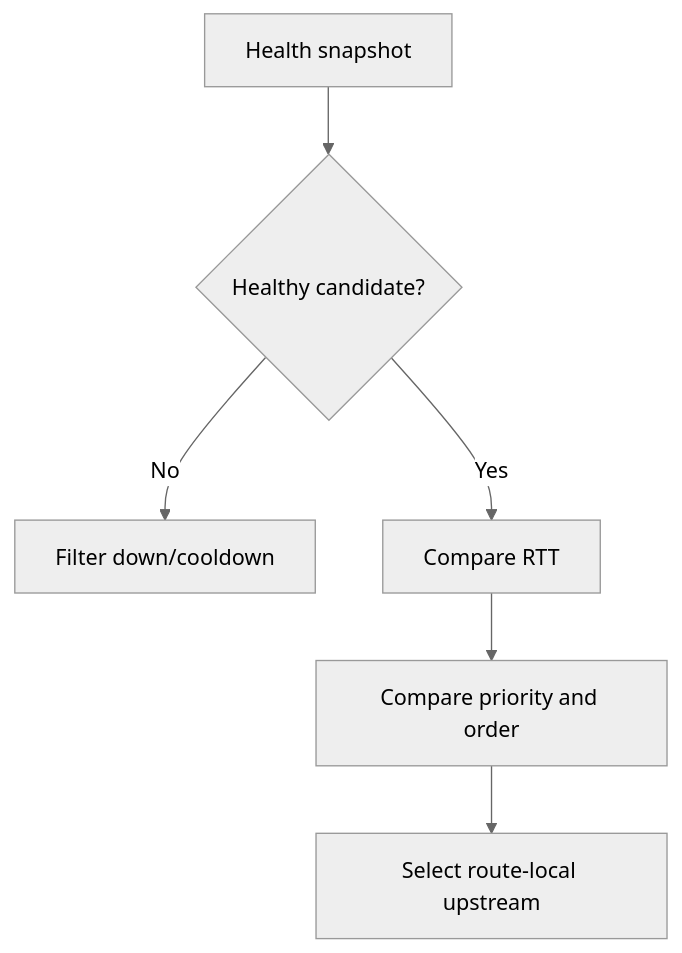
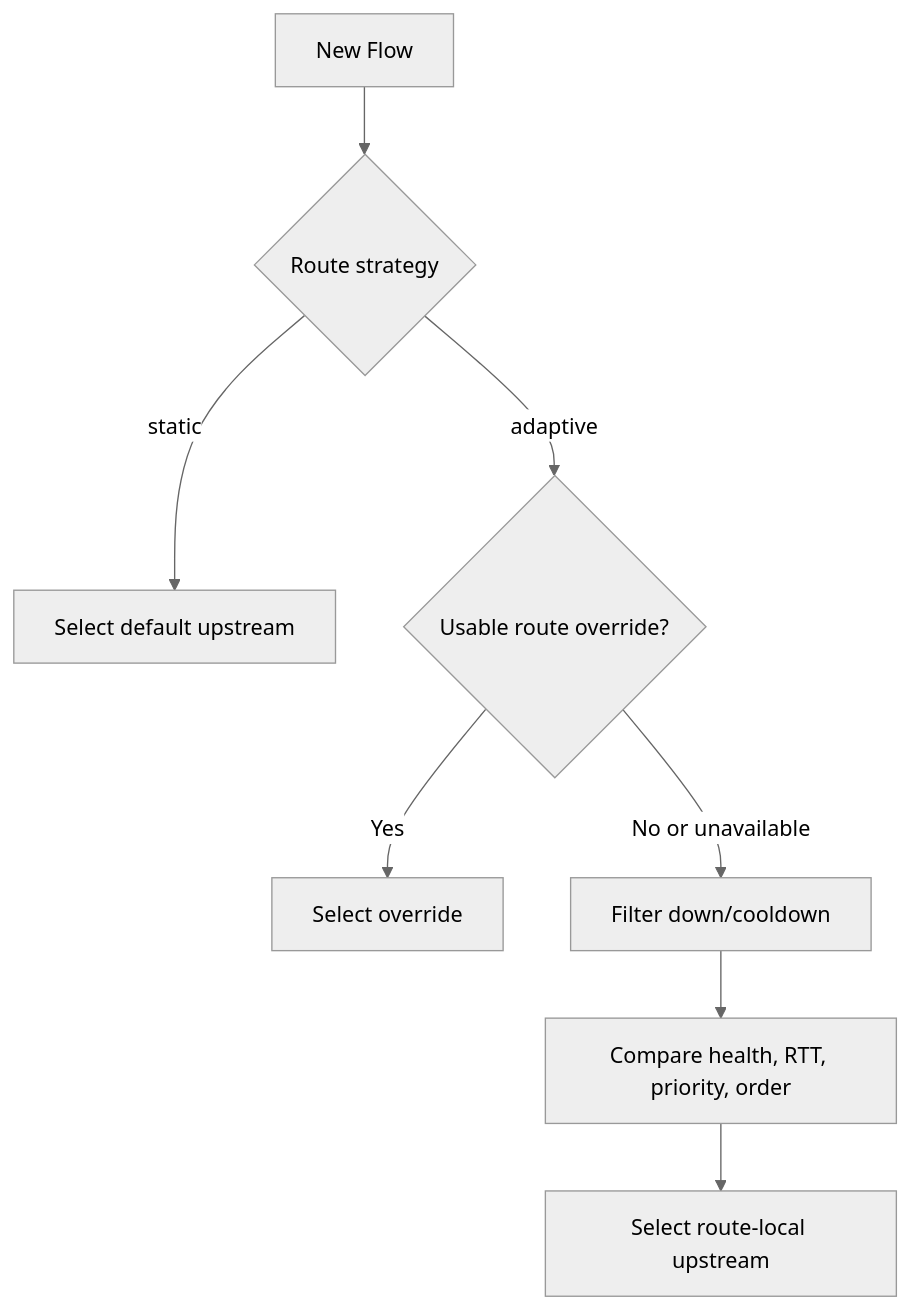
Before and after one commit to NodePath81/fbforward: diagram 12 of 14 in doc/diagrams.md, drawn with Mermaid (neutral theme). The commit also changed other lines of this file and 23 other files, not shown here.

Commit message:
feat(route): add route-local upstream overrides

````diff
--- a/doc/diagrams.md
+++ b/doc/diagrams.md
@@ -348,8 +348,10 @@
 ```mermaid
 flowchart TB
-    Start[Health snapshot] --> Healthy{Healthy candidate?}
-    Healthy -->|No| Fallback[Filter down/cooldown]
-    Healthy -->|Yes| RTT[Compare RTT]
-    RTT --> Priority[Compare priority and order]
-    Priority --> Select[Select route-local upstream]
+    Start[New Flow] --> Strategy{Route strategy}
+    Strategy -->|static| Default[Select default upstream]
+    Strategy -->|adaptive| Override{Usable route override?}
+    Override -->|Yes| SelectOverride[Select override]
+    Override -->|No or unavailable| Healthy[Filter down/cooldown]
+    Healthy --> RTT[Compare health, RTT, priority, order]
+    RTT --> Select[Select route-local upstream]
 ```
````
